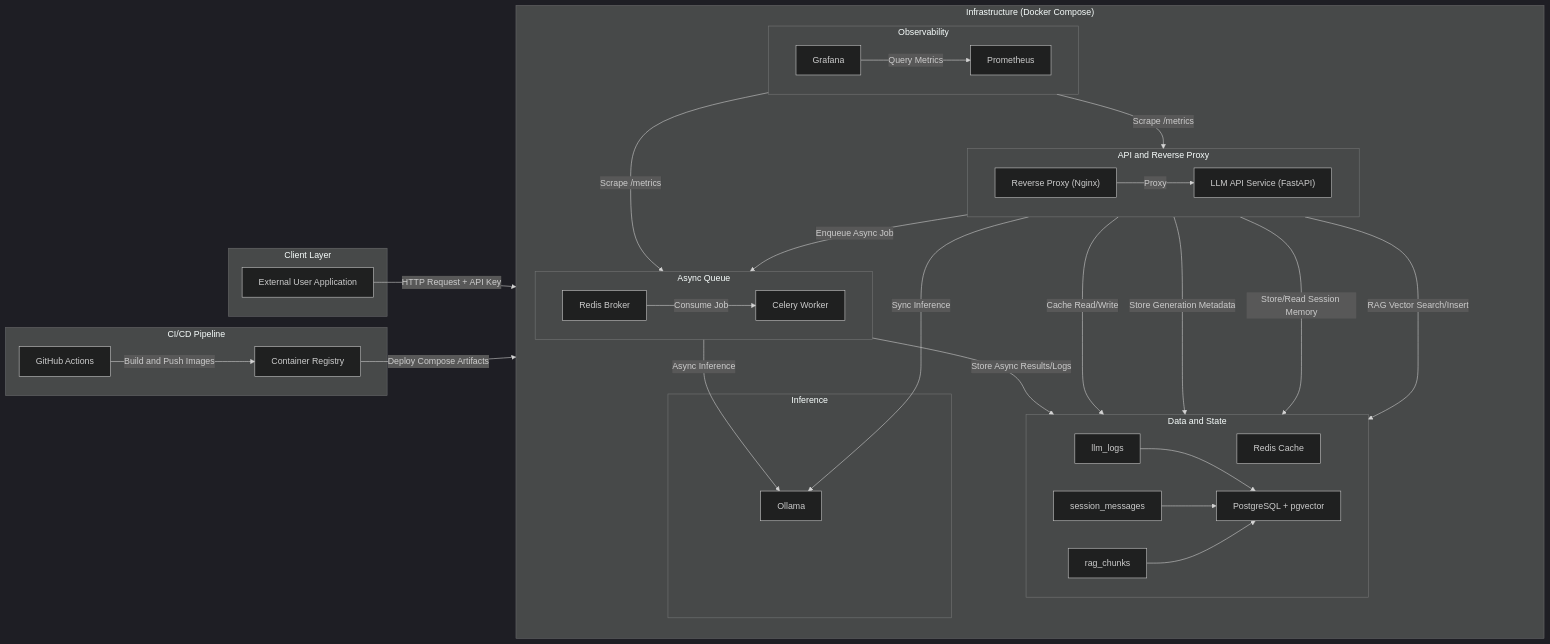
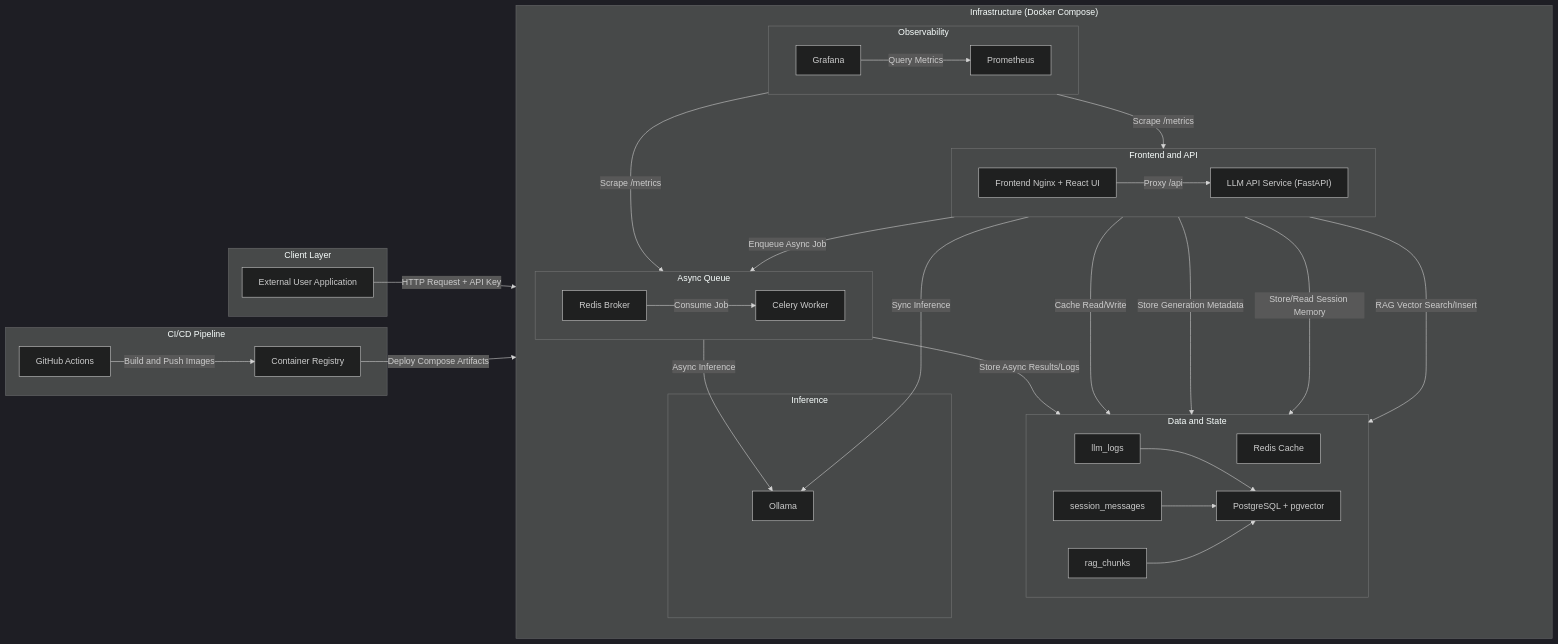
Before and after one commit to Abdullah-0-3/llm-deployment: the first of 3 diagrams in README.md, drawn with Mermaid (dark theme). The commit also changed other lines of this file and 15 other files, not shown here.

````diff
--- a/README.md
+++ b/README.md
@@ -15,72 +15,72 @@
 ```mermaid
 flowchart LR
   subgraph Client_Layer["Client Layer"]
     External_App["External User Application"]
   end
 
   subgraph Compose_Infra["Infrastructure (Docker Compose)"]
     direction TB
 
-    subgraph Proxy_Layer["API and Reverse Proxy"]
+    subgraph Proxy_Layer["Frontend and API"]
       direction LR
-      Nginx["Reverse Proxy (Nginx)"]
+      FrontendNginx["Frontend Nginx + React UI"]
       FastAPI["LLM API Service (FastAPI)"]
     end
 
     subgraph Queue_Layer["Async Queue"]
       direction LR
       RedisBroker["Redis Broker"]
       CeleryWorker["Celery Worker"]
     end
 
     subgraph Model_Layer["Inference"]
       Ollama["Ollama"]
     end
 
     subgraph Data_Layer["Data and State"]
       direction LR
       RedisCache["Redis Cache"]
       PostgreSQL["PostgreSQL + pgvector"]
       LLMLogs["llm_logs"]
       SessionStore["session_messages"]
       RAGStore["rag_chunks"]
     end
 
     subgraph Obs_Layer["Observability"]
       direction LR
       Prometheus["Prometheus"]
       Grafana["Grafana"]
     end
   end
 
   subgraph CICD["CI/CD Pipeline"]
     GitHubActions["GitHub Actions"]
     ContainerRegistry["Container Registry"]
   end
 
   GitHubActions -->|"Build and Push Images"| ContainerRegistry
   ContainerRegistry -->|"Deploy Compose Artifacts"| Compose_Infra
 
-  External_App -->|"HTTP Request + API Key"| Nginx
-  Nginx -->|"Proxy"| FastAPI
+  External_App -->|"HTTP Request + API Key"| FrontendNginx
+  FrontendNginx -->|"Proxy /api"| FastAPI
 
   FastAPI -->|"Sync Inference"| Ollama
   FastAPI -->|"Cache Read/Write"| RedisCache
   FastAPI -->|"Enqueue Async Job"| RedisBroker
   RedisBroker -->|"Consume Job"| CeleryWorker
   CeleryWorker -->|"Async Inference"| Ollama
 
   FastAPI -->|"Store Generation Metadata"| LLMLogs
   FastAPI -->|"Store/Read Session Memory"| SessionStore
   FastAPI -->|"RAG Vector Search/Insert"| RAGStore
 
   LLMLogs --> PostgreSQL
   SessionStore --> PostgreSQL
   RAGStore --> PostgreSQL
 
   CeleryWorker -->|"Store Async Results/Logs"| LLMLogs
 
   Prometheus -->|"Scrape /metrics"| FastAPI
   Prometheus -->|"Scrape /metrics"| CeleryWorker
   Grafana -->|"Query Metrics"| Prometheus
 ```
````
